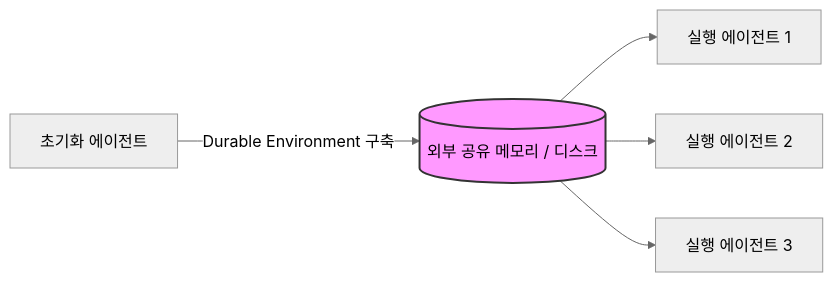
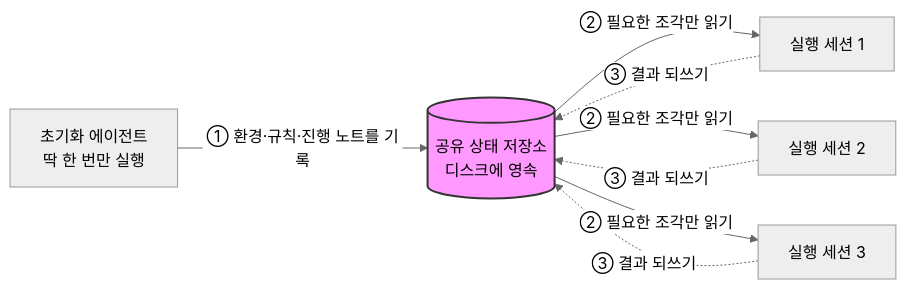
Before and after one commit to thishw/hw_insight: the diagram in content/posts/2026-08-03-token-efficiency-discipline.md, drawn with Mermaid (neutral theme). The commit also changed other lines of this file, not shown here.

Commit message:
docs: 다이어그램 자기설명 보강 — 캡션·엣지 라벨·단계별 해설 (리뷰 반영)
무엇을 나타낸 그림인지 캡션으로 밝히고, 엣지에 ①②③ 번호와 역할 라벨을 붙였다.
읽기(실선)와 되쓰기(점선)를 구분해 공유 저장소를 오가는 왕복이 드러나게 했고,
번호별 의미를 본문에서 하나씩 풀어 썼다.

````diff
--- a/content/posts/2026-08-03-token-efficiency-discipline.md
+++ b/content/posts/2026-08-03-token-efficiency-discipline.md
@@ -84,8 +86,11 @@
 ```mermaid
 graph LR
-    A[초기화 에이전트] -->|Durable Environment 구축| B[(외부 공유 메모리 / 디스크)]
-    B --> C[실행 에이전트 1]
-    B --> D[실행 에이전트 2]
-    B --> E[실행 에이전트 3]
+    A["초기화 에이전트<br/>딱 한 번만 실행"] -->|"① 환경·규칙·진행 노트를 기록"| B[("공유 상태 저장소<br/>디스크에 영속")]
+    B -->|"② 필요한 조각만 읽기"| C["실행 세션 1"]
+    B -->|"② 필요한 조각만 읽기"| D["실행 세션 2"]
+    B -->|"② 필요한 조각만 읽기"| E["실행 세션 3"]
+    C -.->|"③ 결과 되쓰기"| B
+    D -.->|"③ 결과 되쓰기"| B
+    E -.->|"③ 결과 되쓰기"| B
     style B fill:#f9f,stroke:#333,stroke-width:2px
 ```
````
